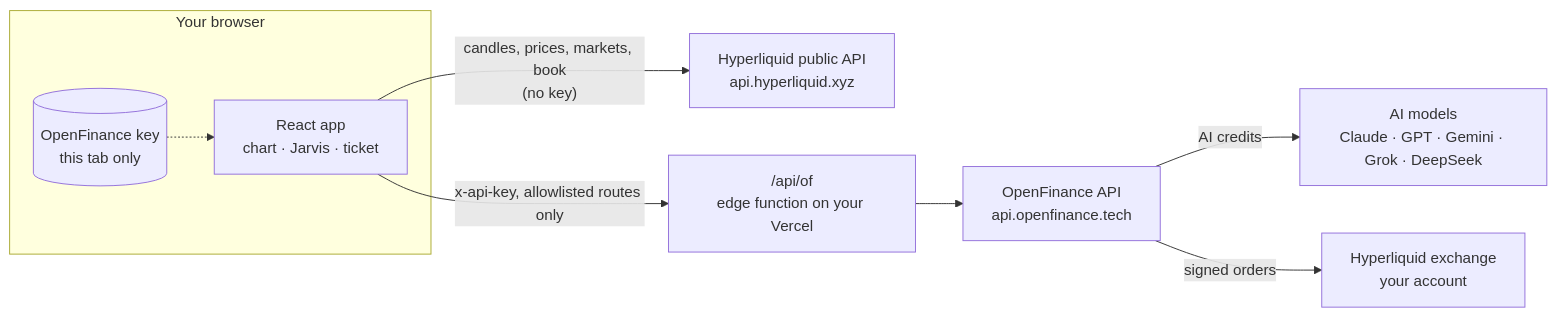
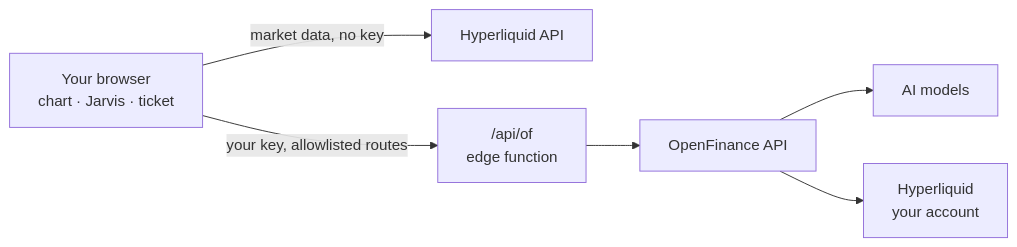
One commit to rc-dran/self-hosted-perp-dex changed the diagram in README.md. Above: the diagram before and after it, drawn with Mermaid. The commit also changed other lines of this file and 4 other files, not shown here.

````diff
--- a/README.md
+++ b/README.md
@@ -167,19 +170,8 @@
 ```mermaid
 flowchart LR
-  subgraph Browser["Your browser"]
-    UI["React app<br/>chart · Jarvis · ticket"]
-    K[("OpenFinance key<br/>this tab only")]
-  end
-  HL["Hyperliquid public API<br/>api.hyperliquid.xyz"]
-  FN["/api/of<br/>edge function on your Vercel"]
-  OF["OpenFinance API<br/>api.openfinance.tech"]
-  LLM["AI models<br/>Claude · GPT · Gemini · Grok · DeepSeek"]
-  EX["Hyperliquid exchange<br/>your account"]
-
-  UI -- "candles, prices, markets, book<br/>(no key)" --> HL
-  K -.-> UI
-  UI -- "x-api-key, allowlisted routes only" --> FN
-  FN --> OF
-  OF -- "AI credits" --> LLM
-  OF -- "signed orders" --> EX
+  B["Your browser<br/>chart · Jarvis · ticket"] -- "market data, no key" --> HL["Hyperliquid API"]
+  B -- "your key, allowlisted routes" --> F["/api/of<br/>edge function"]
+  F --> OF["OpenFinance API"]
+  OF --> AI["AI models"]
+  OF --> EX["Hyperliquid<br/>your account"]
 ```
````
